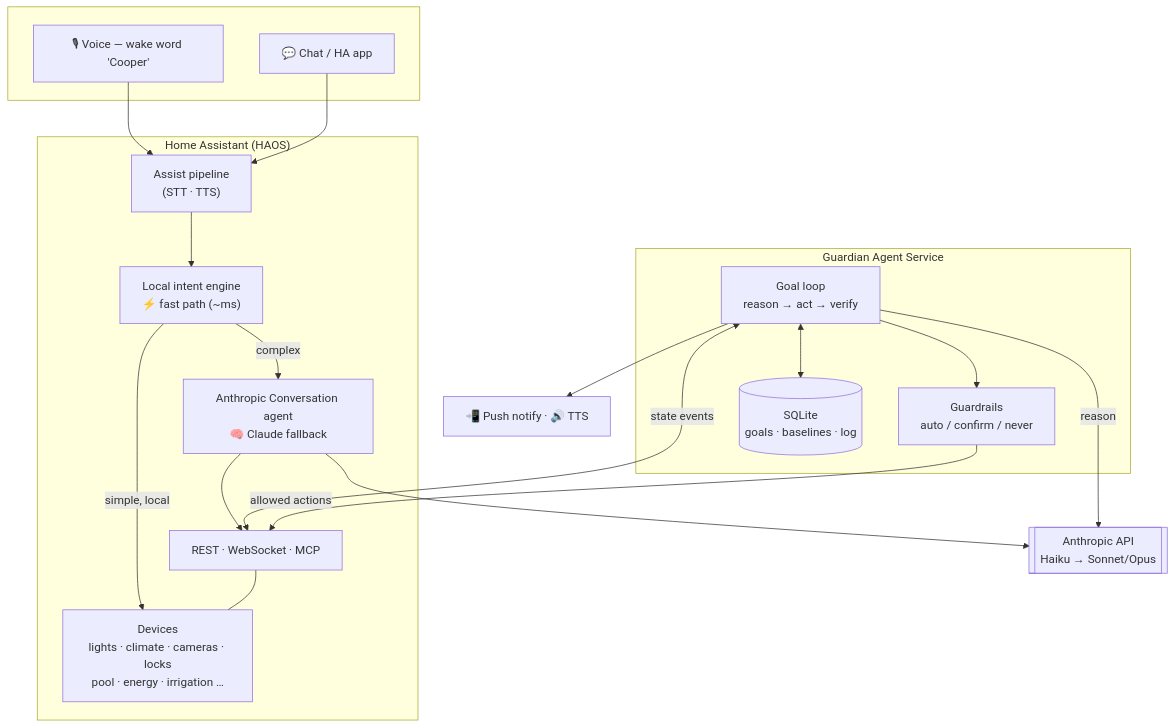
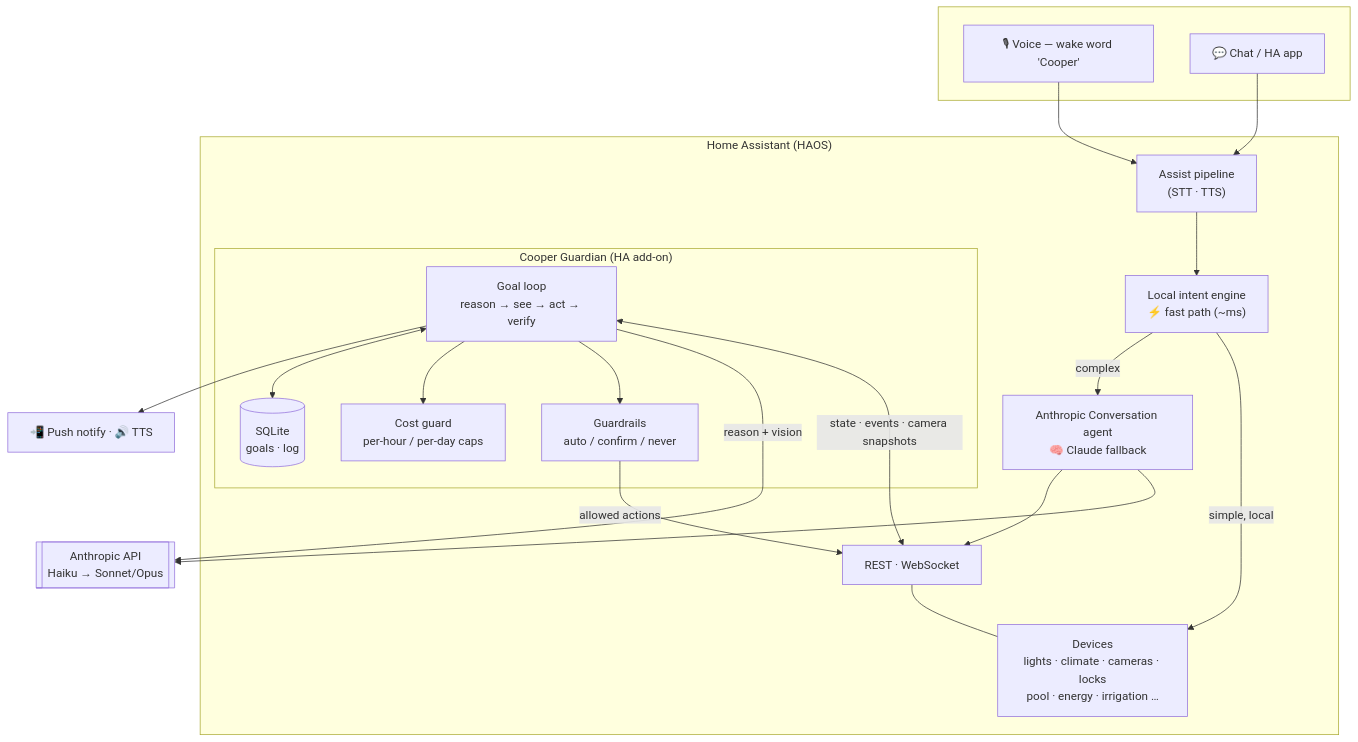
Before and after one commit to kunalkhosla/jarvis: the diagram in README.md, drawn with Mermaid. The commit also changed other lines of this file and 3 other files, not shown here.

````diff
--- a/README.md
+++ b/README.md
@@ -15,40 +49,42 @@
 ```mermaid
 flowchart TB
     subgraph user[" "]
       V["🎙 Voice — wake word 'Cooper'"]
       C["💬 Chat / HA app"]
     end
 
     subgraph ha["Home Assistant (HAOS)"]
       ASSIST["Assist pipeline<br/>(STT · TTS)"]
       INTENT["Local intent engine<br/>⚡ fast path (~ms)"]
       CONV["Anthropic Conversation agent<br/>🧠 Claude fallback"]
-      API["REST · WebSocket · MCP"]
+      API["REST · WebSocket"]
       DEV["Devices<br/>lights · climate · cameras · locks<br/>pool · energy · irrigation …"]
-    end
 
-    subgraph agent["Guardian Agent Service"]
-      LOOP["Goal loop<br/>reason → act → verify"]
-      GUARD["Guardrails<br/>auto / confirm / never"]
-      DB[("SQLite<br/>goals · baselines · log")]
+      subgraph agent["Cooper Guardian (HA add-on)"]
+        LOOP["Goal loop<br/>reason → see → act → verify"]
+        GUARD["Guardrails<br/>auto / confirm / never"]
+        BUDGET["Cost guard<br/>per-hour / per-day caps"]
+        DB[("SQLite<br/>goals · log")]
+      end
     end
 
     CLAUDE[["Anthropic API<br/>Haiku → Sonnet/Opus"]]
     OUT["📲 Push notify · 🔊 TTS"]
 
     V --> ASSIST
     C --> ASSIST
     ASSIST --> INTENT
     INTENT -->|simple, local| DEV
     INTENT -->|complex| CONV
     CONV --> CLAUDE
     CONV --> API
 
-    LOOP <-->|state events| API
-    LOOP -->|reason| CLAUDE
+    LOOP <-->|state · events · camera snapshots| API
+    LOOP -->|reason + vision| CLAUDE
     LOOP --> GUARD
+    LOOP --> BUDGET
     GUARD -->|allowed actions| API
     API --- DEV
     LOOP <--> DB
     LOOP --> OUT
 ```
````
